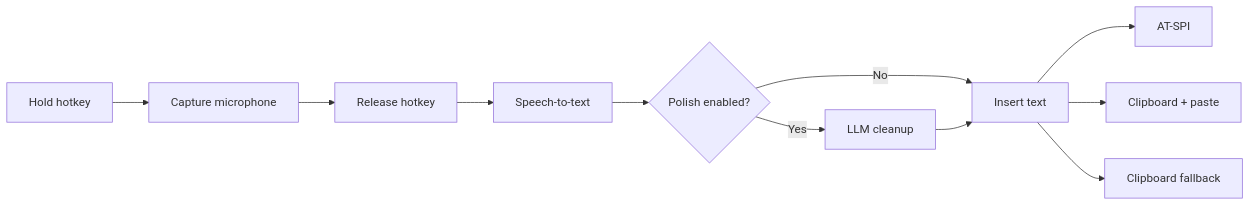
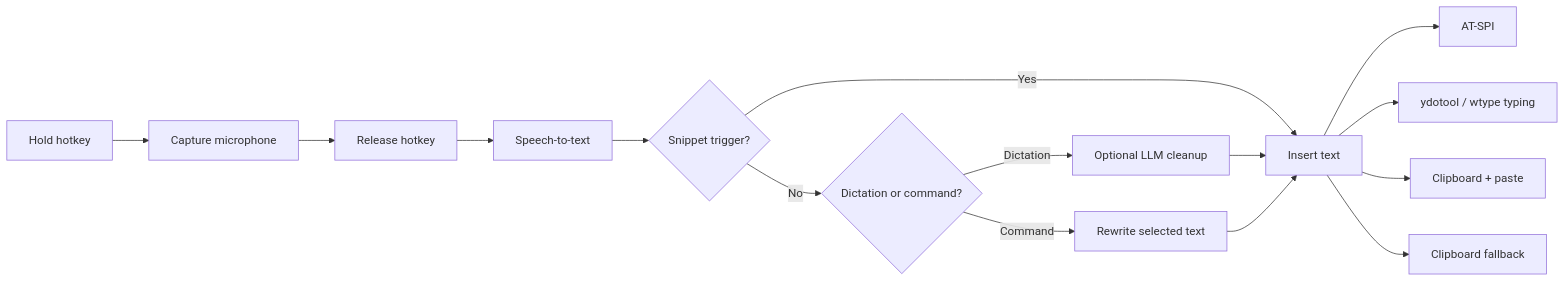
The diagram in README.md (0veek/oto), drawn with Mermaid before and after one commit. The commit also changed other lines of this file and 56 other files, not shown here.

````diff
--- a/README.md
+++ b/README.md
@@ -26,13 +33,17 @@
 ```mermaid
 flowchart LR
     A[Hold hotkey] --> B[Capture microphone]
     B --> C[Release hotkey]
     C --> D[Speech-to-text]
-    D --> E{Polish enabled?}
-    E -- Yes --> F[LLM cleanup]
-    E -- No --> G[Insert text]
-    F --> G
+    D --> E{Snippet trigger?}
+    E -- Yes --> G[Exact expansion]
+    E -- No --> F{Dictation or command?}
+    F -- Dictation --> K[Optional LLM cleanup]
+    F -- Command --> L[Rewrite selected text]
+    K --> G[Insert text]
+    L --> G
     G --> H[AT-SPI]
+    G --> M[ydotool / wtype typing]
     G --> I[Clipboard + paste]
     G --> J[Clipboard fallback]
 ```
````
